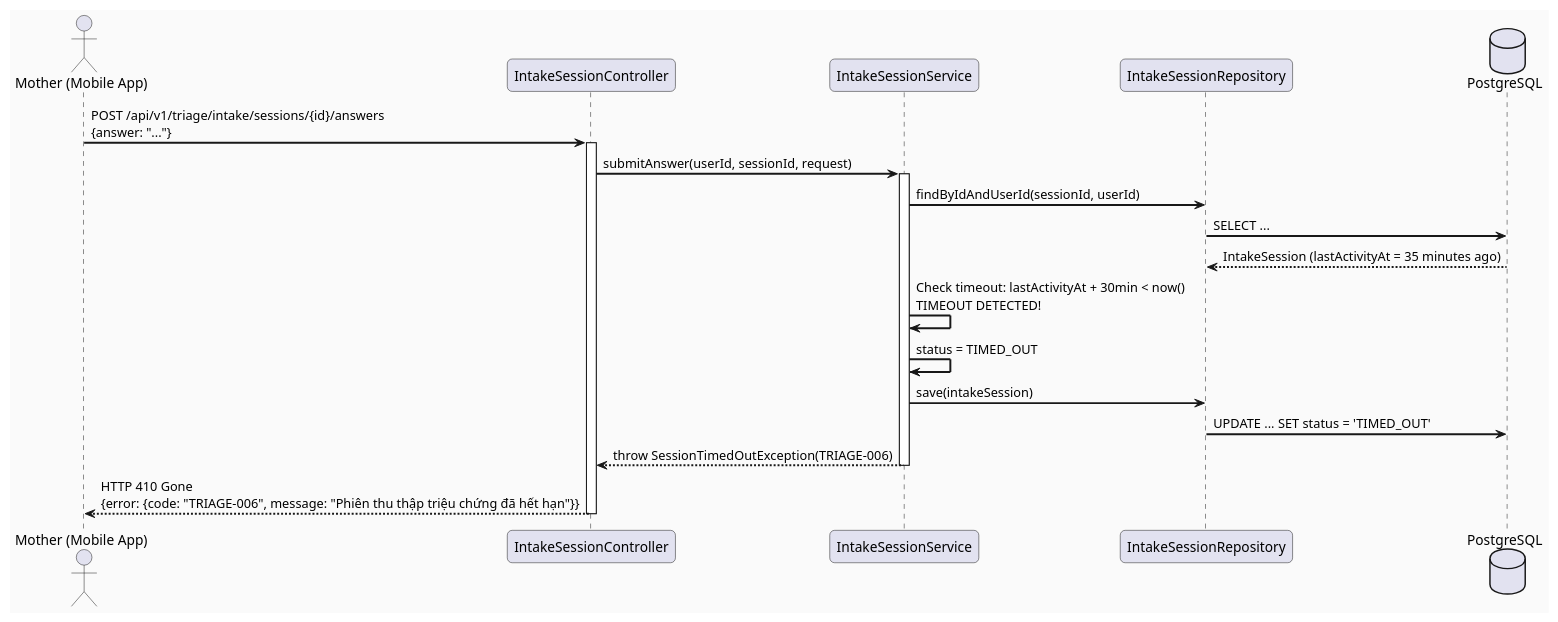
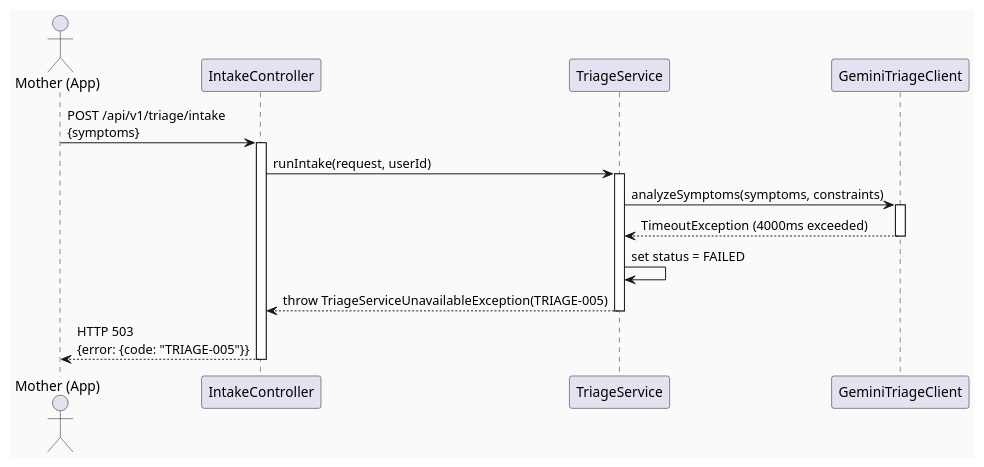
Before and after one commit to ChuongBDHE172784/CareBridge_SEP490_G79: the third of 4 diagrams in 04_Implement/UC60_RunAISymptomIntake/UC60_RunAISymptomIntake_TDS.md, drawn with PlantUML. The commit also changed other lines of this file and 75 other files, not shown here.

````diff
--- a/04_Implement/UC60_RunAISymptomIntake/UC60_RunAISymptomIntake_TDS.md
+++ b/04_Implement/UC60_RunAISymptomIntake/UC60_RunAISymptomIntake_TDS.md
@@ -594,36 +337,25 @@
 ```plantuml
-@startuml UC60_SequenceDiagram_Timeout
-skinparam sequenceArrowThickness 2
-skinparam roundcorner 10
+@startuml UC60_SequenceDiagram_ErrorPath
 skinparam backgroundColor #FAFAFA
 
-actor       "Mother (Mobile App)" as Client
-participant "IntakeSessionController" as Controller
-participant "IntakeSessionService" as Service
-participant "IntakeSessionRepository" as Repository
-database    "PostgreSQL" as DB
+actor "Mother (App)" as Client
+participant "IntakeController" as Controller
+participant "TriageService" as Service
+participant "GeminiTriageClient" as Gemini
 
-Client -> Controller : POST /api/v1/triage/intake/sessions/{id}/answers\n{answer: "..."}
+Client -> Controller : POST /api/v1/triage/intake\n{symptoms}
 activate Controller
-
-Controller -> Service : submitAnswer(userId, sessionId, request)
+Controller -> Service : runIntake(request, userId)
 activate Service
-
-Service -> Repository : findByIdAndUserId(sessionId, userId)
-Repository -> DB : SELECT ...
-DB --> Repository : IntakeSession (lastActivityAt = 35 minutes ago)
-
-Service -> Service : Check timeout: lastActivityAt + 30min < now()\nTIMEOUT DETECTED!
-Service -> Service : status = TIMED_OUT
-
-Service -> Repository : save(intakeSession)
-Repository -> DB : UPDATE ... SET status = 'TIMED_OUT'
-
-Service --> Controller : throw SessionTimedOutException(TRIAGE-006)
+Service -> Gemini : analyzeSymptoms(symptoms, constraints)
+activate Gemini
+Gemini --> Service : TimeoutException (4000ms exceeded)
+deactivate Gemini
+Service -> Service : set status = FAILED
+Service --> Controller : throw TriageServiceUnavailableException(TRIAGE-005)
 deactivate Service
-
-Controller --> Client : HTTP 410 Gone\n{error: {code: "TRIAGE-006", message: "Phiên thu thập triệu chứng đã hết hạn"}}
+Controller --> Client : HTTP 503\n{error: {code: "TRIAGE-005"}}
 deactivate Controller
 
 @enduml
 ```
````
